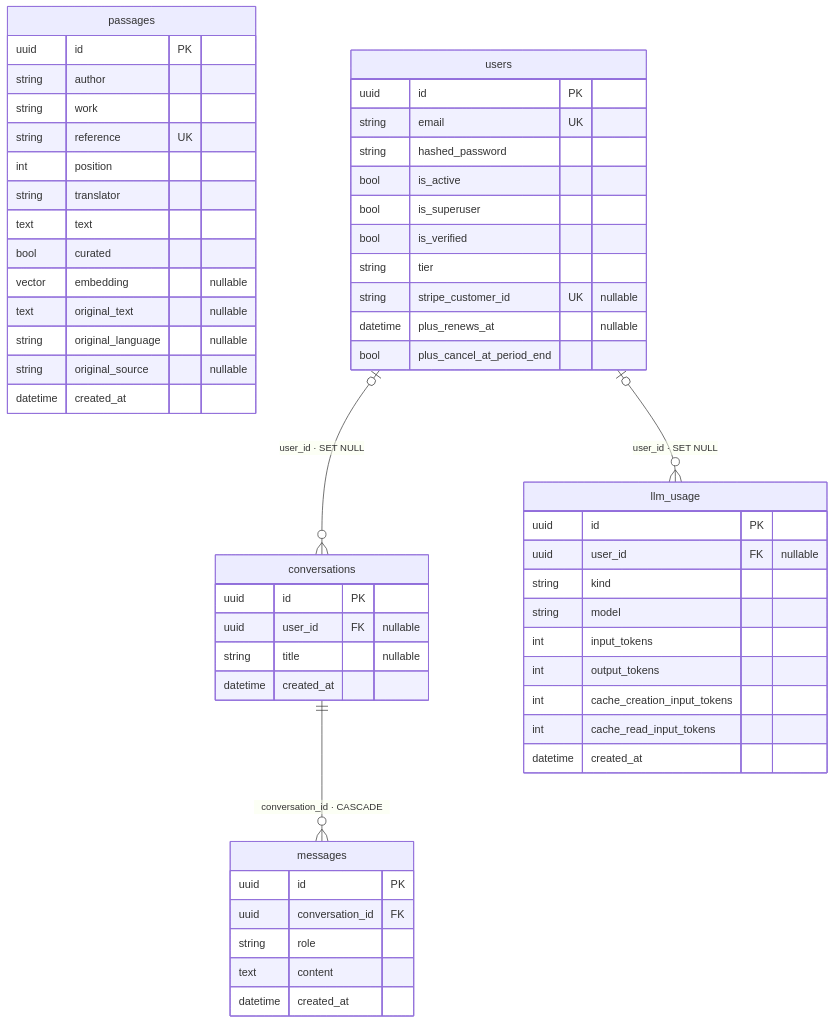
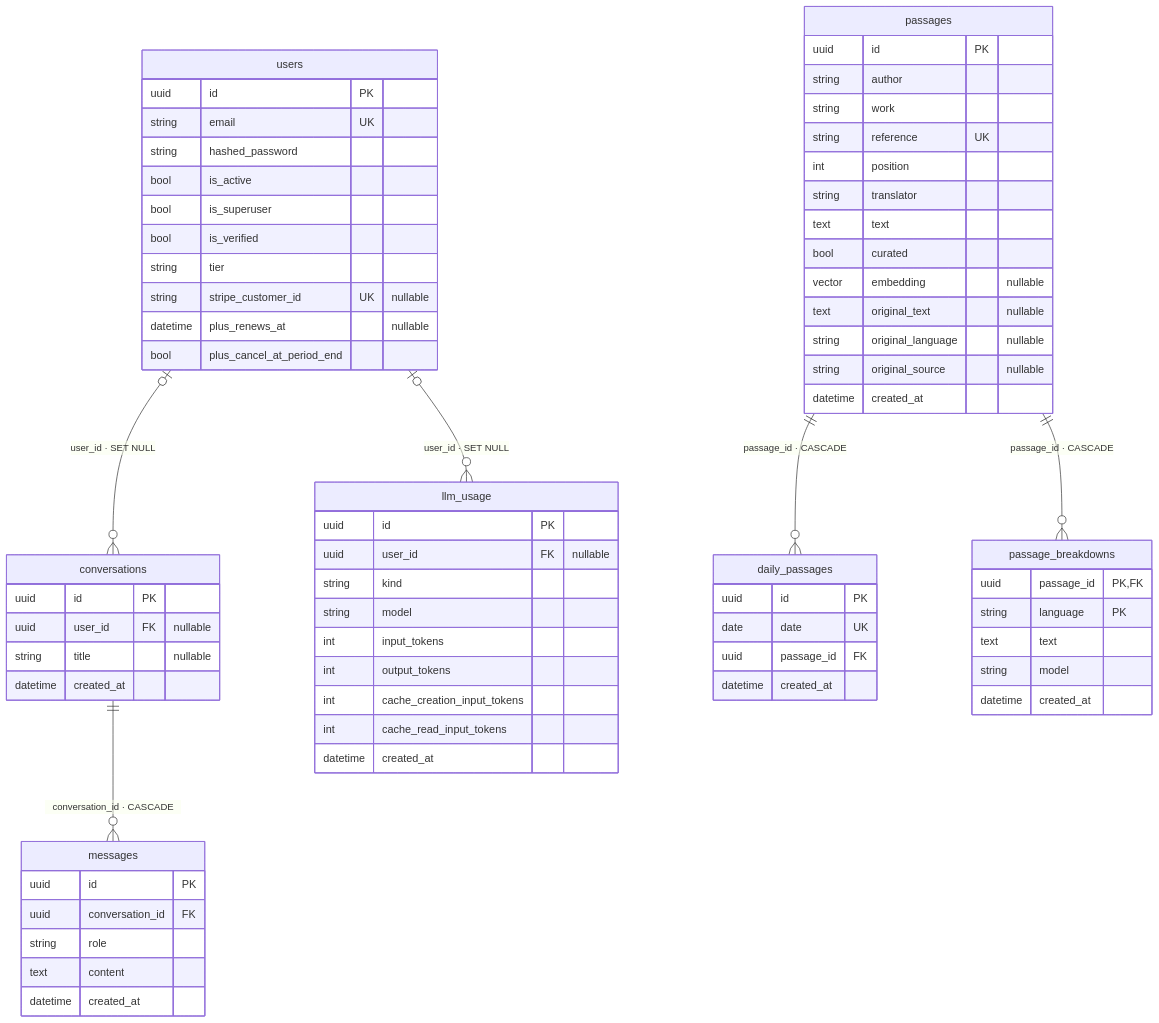
One commit to jakecotner/a-stoic-mind changed the diagram in docs/data-model.md. Above: the diagram before and after it, drawn with Mermaid. The commit also changed 16 other files, not shown here.

Commit message:
Daily passage: curated pool, lazy assignment, cached LLM breakdown, split-view landing

````diff
--- a/docs/data-model.md
+++ b/docs/data-model.md
@@ -17,57 +17,72 @@
 ```mermaid
 erDiagram
     conversations {
         uuid id PK
         uuid user_id FK "nullable"
         string title "nullable"
+        datetime created_at
+    }
+    daily_passages {
+        uuid id PK
+        date date UK
+        uuid passage_id FK
         datetime created_at
     }
     llm_usage {
         uuid id PK
         uuid user_id FK "nullable"
         string kind
         string model
         int input_tokens
         int output_tokens
         int cache_creation_input_tokens
         int cache_read_input_tokens
         datetime created_at
     }
     messages {
         uuid id PK
         uuid conversation_id FK
         string role
         text content
+        datetime created_at
+    }
+    passage_breakdowns {
+        uuid passage_id PK,FK
+        string language PK
+        text text
+        string model
         datetime created_at
     }
     passages {
         uuid id PK
         string author
         string work
         string reference UK
         int position
         string translator
         text text
         bool curated
         vector embedding "nullable"
         text original_text "nullable"
         string original_language "nullable"
         string original_source "nullable"
         datetime created_at
     }
     users {
         uuid id PK
         string email UK
         string hashed_password
         bool is_active
         bool is_superuser
         bool is_verified
         string tier
         string stripe_customer_id UK "nullable"
         datetime plus_renews_at "nullable"
         bool plus_cancel_at_period_end
     }
     users |o--o{ conversations : "user_id · SET NULL"
+    passages ||--o{ daily_passages : "passage_id · CASCADE"
     users |o--o{ llm_usage : "user_id · SET NULL"
     conversations ||--o{ messages : "conversation_id · CASCADE"
+    passages ||--o{ passage_breakdowns : "passage_id · CASCADE"
 ```
````
